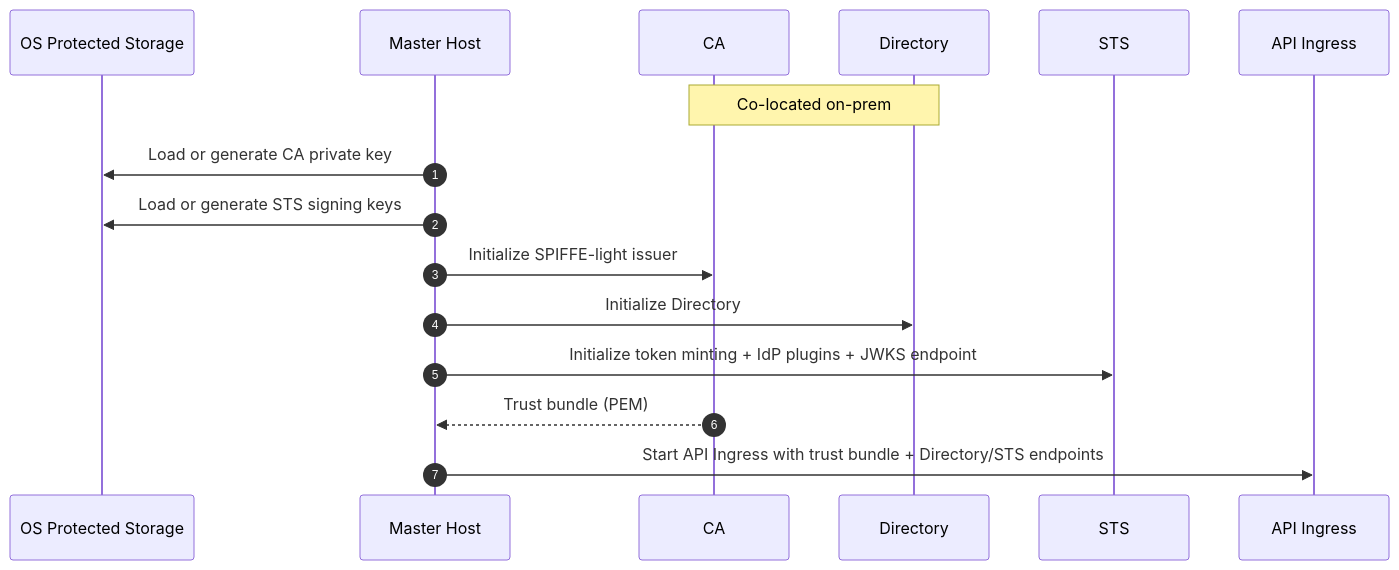
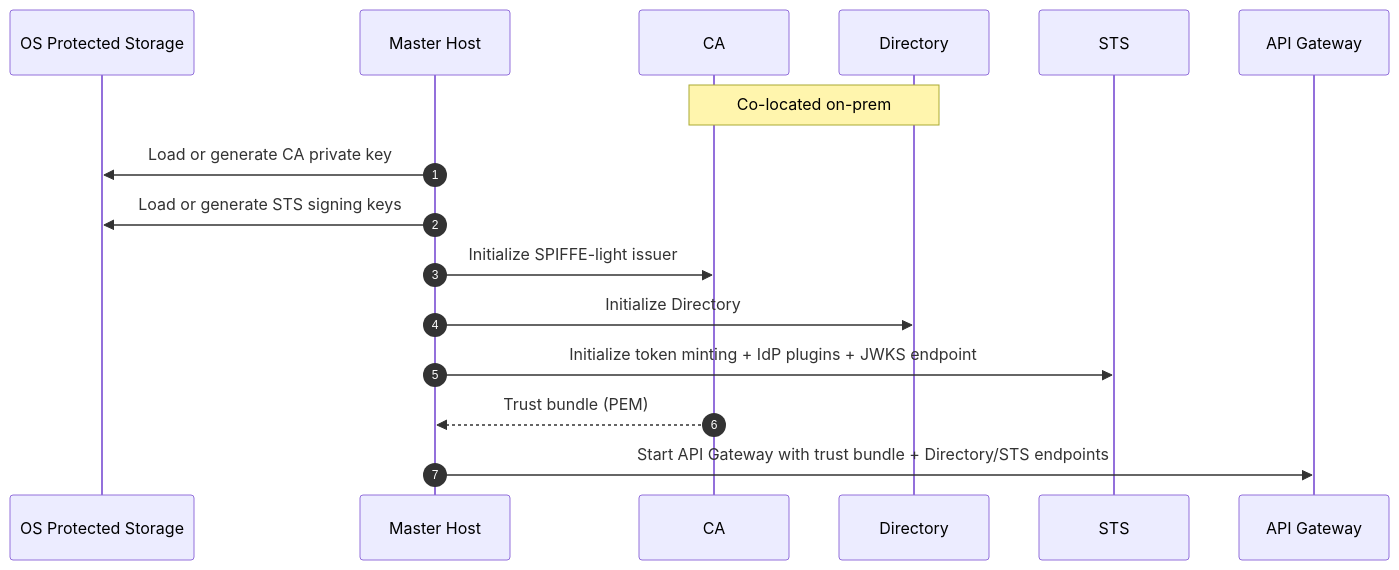
One commit to MikeFalcon77/modkit-zero-trust changed the second of 6 diagrams in modkit_zero_trust.MD. Above: the diagram before and after it, drawn with Mermaid. The commit also changed other lines of this file and 1 other file, not shown here.

````diff
--- a/modkit_zero_trust.MD
+++ b/modkit_zero_trust.MD
@@ -954,20 +1178,20 @@
 ```mermaid
 sequenceDiagram
   autonumber
   participant OS as OS Protected Storage
   participant MH as Master Host
   participant CA as CA
   participant DIR as Directory
   participant STS as STS
-  participant AG as API Ingress
+  participant AG as API Gateway
 
   Note over CA,DIR: Co-located on-prem
 
   MH->>OS: Load or generate CA private key
   MH->>OS: Load or generate STS signing keys
   MH->>CA: Initialize SPIFFE-light issuer
   MH->>DIR: Initialize Directory
   MH->>STS: Initialize token minting + IdP plugins + JWKS endpoint
   CA-->>MH: Trust bundle (PEM)
-  MH->>AG: Start API Ingress with trust bundle + Directory/STS endpoints
+  MH->>AG: Start API Gateway with trust bundle + Directory/STS endpoints
 ```
````
